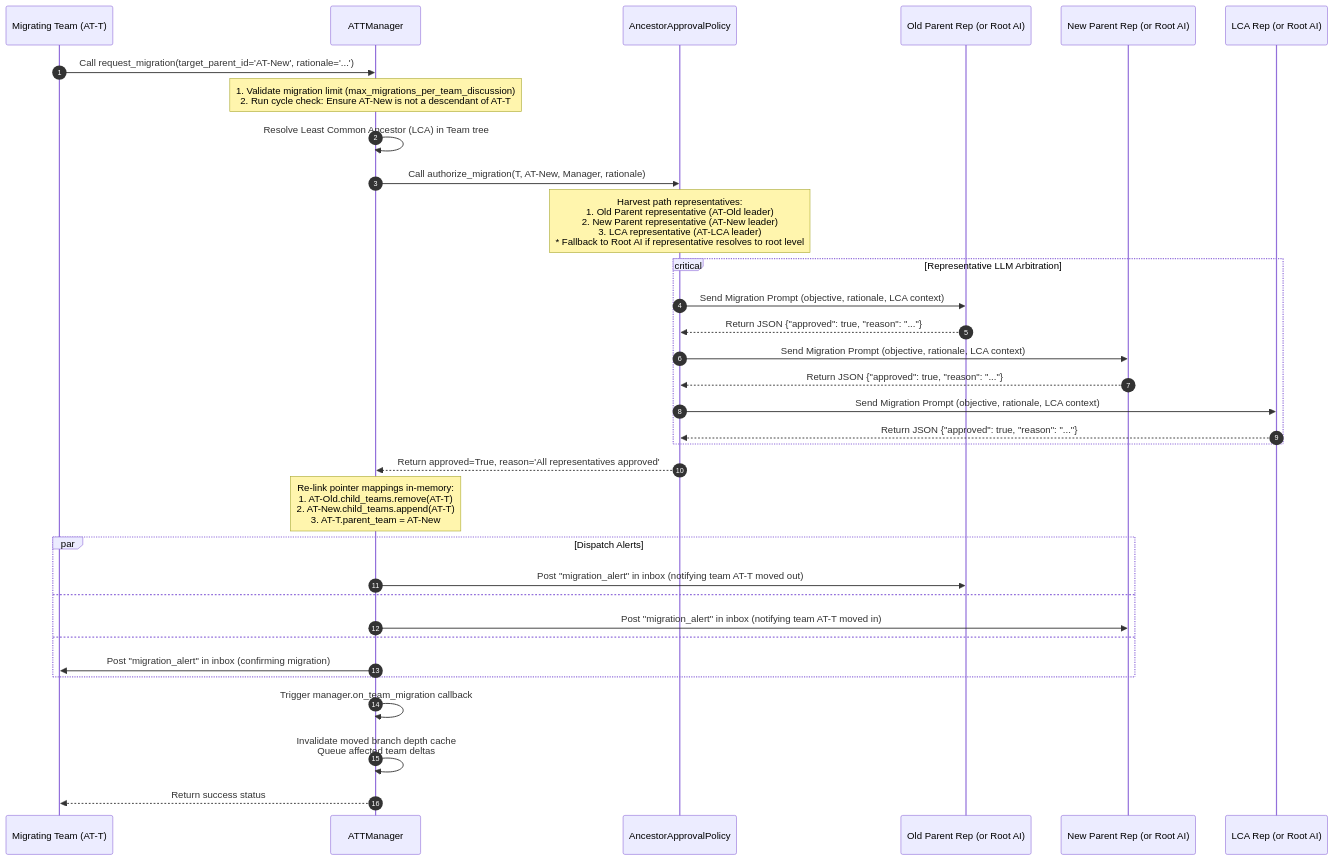
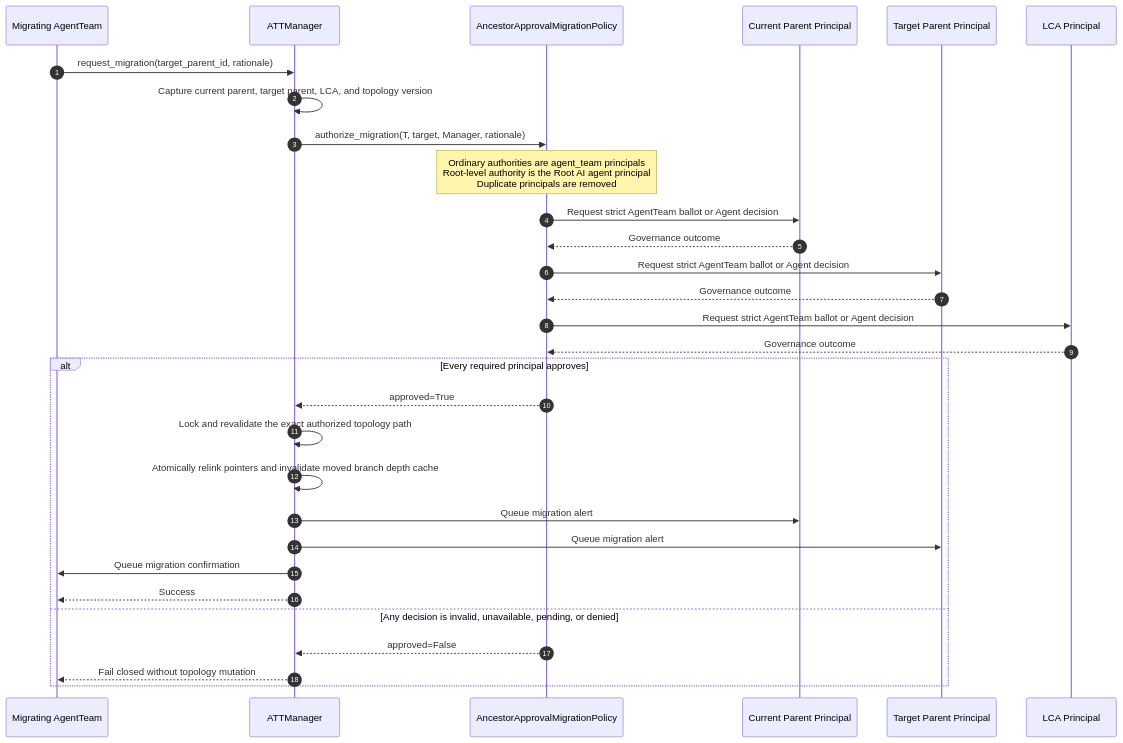
Before and after one commit to AI-Team-Team/AI-Team-Team: the sixth of 6 diagrams in docs/flowcharts/Lineage_Tree_Mutations.md, drawn with Mermaid. The commit also changed other lines of this file and 32 other files, not shown here.

````diff
--- a/docs/flowcharts/Lineage_Tree_Mutations.md
+++ b/docs/flowcharts/Lineage_Tree_Mutations.md
@@ -167,50 +155,33 @@
 ```mermaid
 sequenceDiagram
     autonumber
-    participant T as Migrating Team (AT-T)
+    participant T as Migrating AgentTeam
     participant Manager as ATTManager
-    participant Policy as AncestorApprovalPolicy
-    participant P_old as Old Parent Rep (or Root AI)
-    participant P_new as New Parent Rep (or Root AI)
-    participant LCA as LCA Rep (or Root AI)
+    participant Policy as AncestorApprovalMigrationPolicy
+    participant Old as Current Parent Principal
+    participant New as Target Parent Principal
+    participant LCA as LCA Principal
 
-    T->>Manager: Call request_migration(target_parent_id='AT-New', rationale='...')
-    Note over Manager: 1. Validate migration limit (max_migrations_per_team_discussion)<br/>2. Run cycle check: Ensure AT-New is not a descendant of AT-T
-    
-    Manager->>Manager: Resolve Least Common Ancestor (LCA) in Team tree
-    
-    Manager->>Policy: Call authorize_migration(T, AT-New, Manager, rationale)
-    
-    Note over Policy: Harvest path representatives:<br/>1. Old Parent representative (AT-Old leader)<br/>2. New Parent representative (AT-New leader)<br/>3. LCA representative (AT-LCA leader)<br/>* Fallback to Root AI if representative resolves to root level
-    
-    %% Arbitration Loop
-    critical Representative LLM Arbitration
-        Policy->>P_old: Send Migration Prompt (objective, rationale, LCA context)
-        P_old-->>Policy: Return JSON {"approved": true, "reason": "..."}
-        
-        Policy->>P_new: Send Migration Prompt (objective, rationale, LCA context)
-        P_new-->>Policy: Return JSON {"approved": true, "reason": "..."}
-        
-        Policy->>LCA: Send Migration Prompt (objective, rationale, LCA context)
-        LCA-->>Policy: Return JSON {"approved": true, "reason": "..."}
+    T->>Manager: request_migration(target_parent_id, rationale)
+    Manager->>Manager: Capture current parent, target parent, LCA, and topology version
+    Manager->>Policy: authorize_migration(T, target, Manager, rationale)
+    Note over Policy: Ordinary authorities are agent_team principals<br/>Root-level authority is the Root AI agent principal<br/>Duplicate principals are removed
+    Policy->>Old: Request strict AgentTeam ballot or Agent decision
+    Old-->>Policy: Governance outcome
+    Policy->>New: Request strict AgentTeam ballot or Agent decision
+    New-->>Policy: Governance outcome
+    Policy->>LCA: Request strict AgentTeam ballot or Agent decision
+    LCA-->>Policy: Governance outcome
+    alt Every required principal approves
+        Policy-->>Manager: approved=True
+        Manager->>Manager: Lock and revalidate the exact authorized topology path
+        Manager->>Manager: Atomically relink pointers and invalidate moved branch depth cache
+        Manager->>Old: Queue migration alert
+        Manager->>New: Queue migration alert
+        Manager->>T: Queue migration confirmation
+        Manager-->>T: Success
+    else Any decision is invalid, unavailable, pending, or denied
+        Policy-->>Manager: approved=False
+        Manager-->>T: Fail closed without topology mutation
     end
-    
-    Policy-->>Manager: Return approved=True, reason='All representatives approved'
-    
-    %% Restructure
-    Note over Manager: Re-link pointer mappings in-memory:<br/>1. AT-Old.child_teams.remove(AT-T)<br/>2. AT-New.child_teams.append(AT-T)<br/>3. AT-T.parent_team = AT-New
-    
-    %% Alerts
-    par Dispatch Alerts
-        Manager->>P_old: Post "migration_alert" in inbox (notifying team AT-T moved out)
-    and
-        Manager->>P_new: Post "migration_alert" in inbox (notifying team AT-T moved in)
-    and
-        Manager->>T: Post "migration_alert" in inbox (confirming migration)
-    end
-    
-    Manager->>Manager: Trigger manager.on_team_migration callback
-    Manager->>Manager: Invalidate moved branch depth cache<br/>Queue affected team deltas
-    
-    Manager-->>T: Return success status
 ```
````
